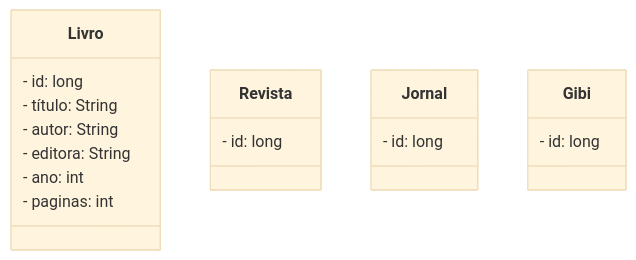
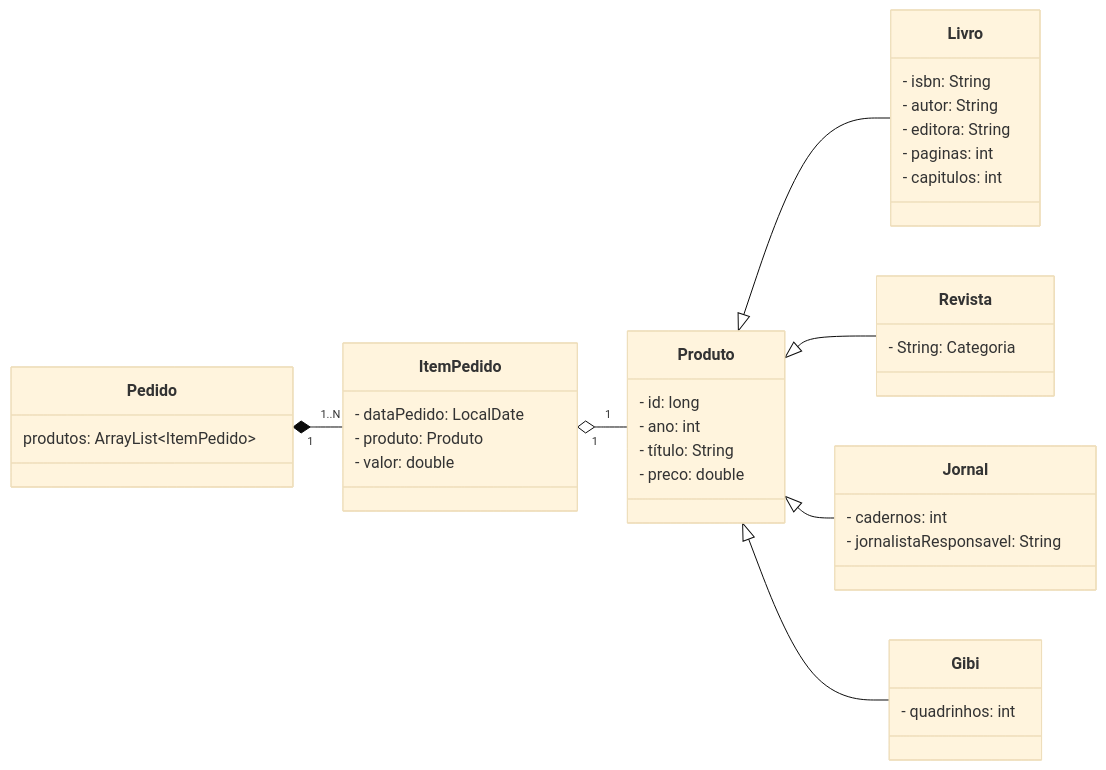
One commit to lucasgch/POO changed the second of 4 diagrams in aulas/2026-10-14/readme.md. Above: the diagram before and after it, drawn with Mermaid (base theme). The commit also changed other lines of this file, not shown here.

````diff
--- a/aulas/2026-10-14/readme.md
+++ b/aulas/2026-10-14/readme.md
@@ -77,26 +97,50 @@
 ```mermaid
     classDiagram
-        directionLR
+        direction LR
+        
+        class Produto {
+            - id: long
+            - ano: int
+            - título: String
+            - preco: double
+        }
         
         class Livro {
-            - id: long
-            - título: String
+            - isbn: String
             - autor: String
             - editora: String
-            - ano: int
             - paginas: int
+            - capitulos: int
         }
         
         class Revista {
-            - id: long 
+            - String: Categoria
         }
         
         class Jornal {
-            - id: long
+            - cadernos: int
+            - jornalistaResponsavel: String
         }
         
         class Gibi {
-            - id: long
+            - quadrinhos: int
         }
+        
+        class ItemPedido {
+            - dataPedido: LocalDate
+            - produto: Produto
+            - valor: double
+        }
+        
+        class Pedido {
+            produtos: ArrayList~ItemPedido~
+        }
+
+        Produto <|-- Livro
+        Produto <|-- Revista
+        Produto <|-- Jornal
+        Produto <|-- Gibi
             
+        Pedido "1" *-- "1..N" ItemPedido
+        ItemPedido "1" o-- "1" Produto
 ```
````
